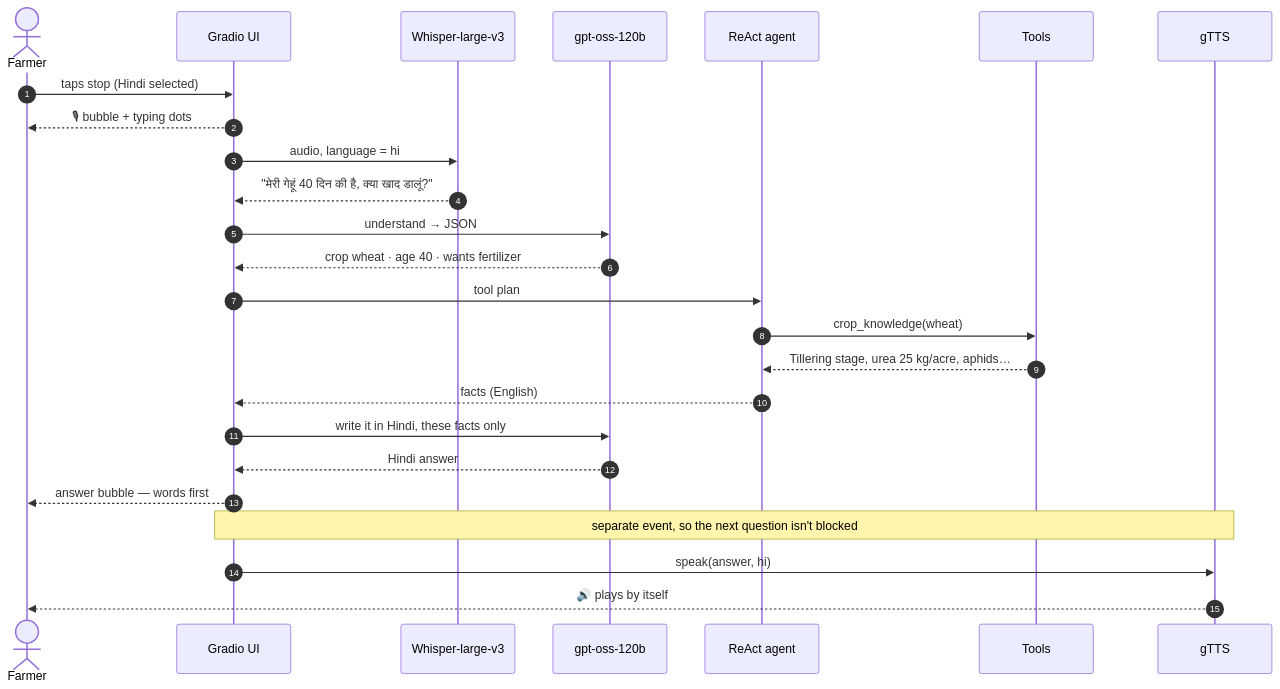
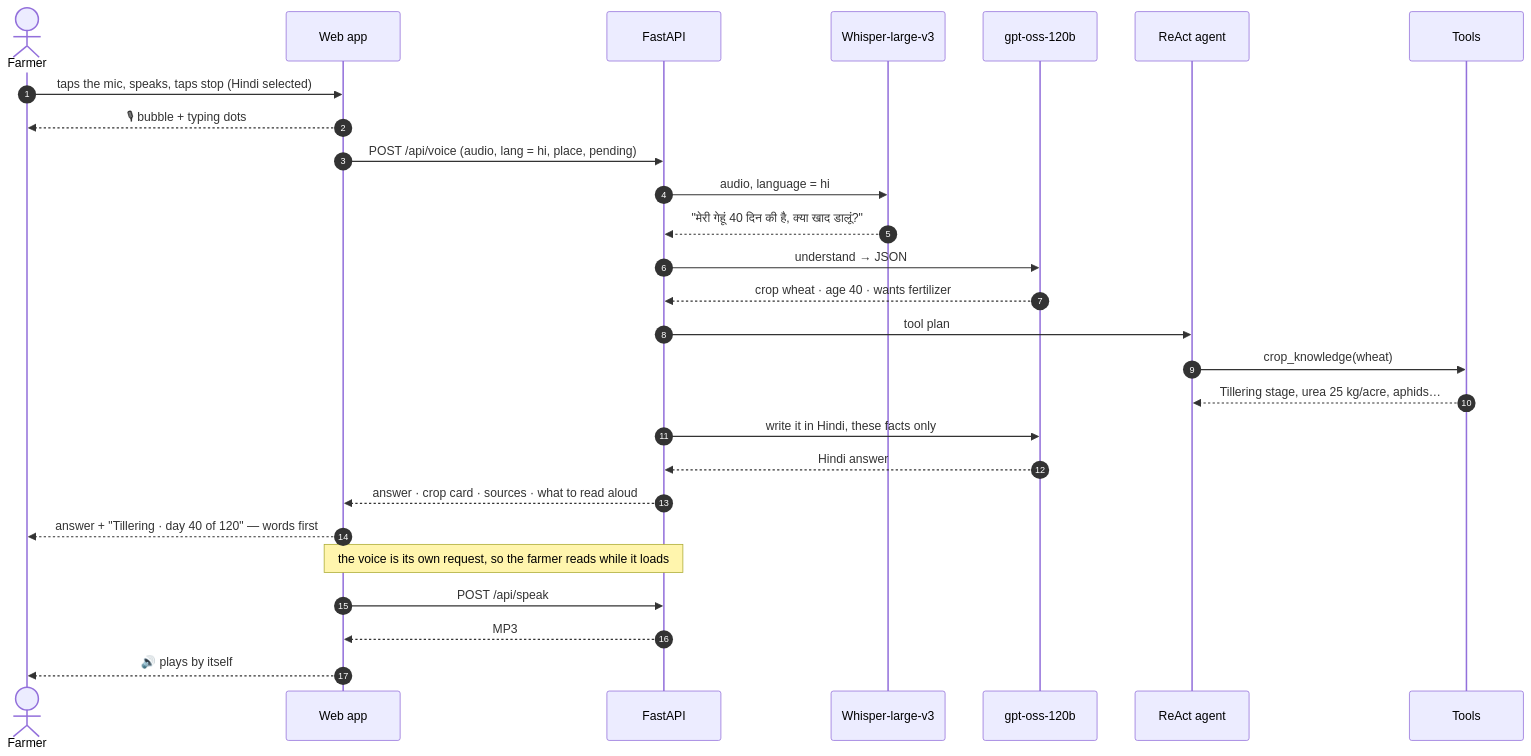
The first of 6 diagrams in README.md (sehscape/Multilingual-Agri-AI-Agent), drawn with Mermaid before and after one commit. The commit also changed other lines of this file and 1 other file, not shown here.

First line of the commit message:
Docs: the web app, its API and the browser tests

````diff
--- a/README.md
+++ b/README.md
@@ -124,27 +128,29 @@
 ```mermaid
 sequenceDiagram
     autonumber
     actor F as Farmer
-    participant UI as Gradio UI
+    participant W as Web app
+    participant API as FastAPI
     participant STT as Whisper-large-v3
     participant LLM as gpt-oss-120b
     participant AG as ReAct agent
     participant T as Tools
-    participant V as gTTS
-    F->>UI: taps stop (Hindi selected)
-    UI-->>F: 🎙 bubble + typing dots
-    UI->>STT: audio, language = hi
-    STT-->>UI: "मेरी गेहूं 40 दिन की है, क्या खाद डालूं?"
-    UI->>LLM: understand → JSON
-    LLM-->>UI: crop wheat · age 40 · wants fertilizer
-    UI->>AG: tool plan
+    F->>W: taps the mic, speaks, taps stop (Hindi selected)
+    W-->>F: 🎙 bubble + typing dots
+    W->>API: POST /api/voice (audio, lang = hi, place, pending)
+    API->>STT: audio, language = hi
+    STT-->>API: "मेरी गेहूं 40 दिन की है, क्या खाद डालूं?"
+    API->>LLM: understand → JSON
+    LLM-->>API: crop wheat · age 40 · wants fertilizer
+    API->>AG: tool plan
     AG->>T: crop_knowledge(wheat)
     T-->>AG: Tillering stage, urea 25 kg/acre, aphids…
-    AG-->>UI: facts (English)
-    UI->>LLM: write it in Hindi, these facts only
-    LLM-->>UI: Hindi answer
-    UI-->>F: answer bubble — words first
-    Note over UI,V: separate event, so the next question isn't blocked
-    UI->>V: speak(answer, hi)
-    V-->>F: 🔊 plays by itself
+    API->>LLM: write it in Hindi, these facts only
+    LLM-->>API: Hindi answer
+    API-->>W: answer · crop card · sources · what to read aloud
+    W-->>F: answer + "Tillering · day 40 of 120" — words first
+    Note over W,API: the voice is its own request, so the farmer reads while it loads
+    W->>API: POST /api/speak
+    API-->>W: MP3
+    W-->>F: 🔊 plays by itself
 ```
````
